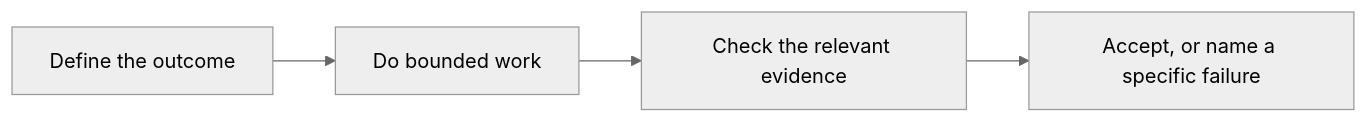
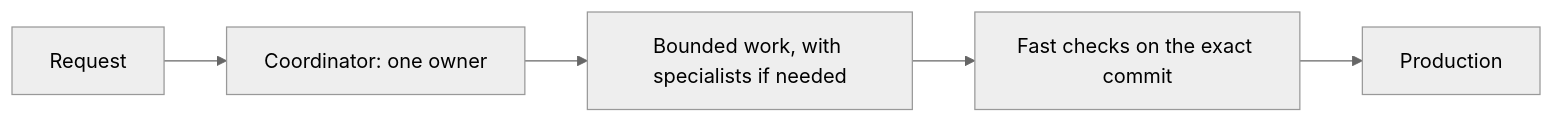
The diagram in articles/ai-assisted-engineering-in-practice.md (vasilyevstan/vasilyevstan), drawn with Mermaid (neutral theme) before and after one commit. The commit also changed other lines of this file and 9 other files, not shown here.

````diff
--- a/articles/ai-assisted-engineering-in-practice.md
+++ b/articles/ai-assisted-engineering-in-practice.md
@@ -86,6 +92,7 @@
 ```mermaid
 flowchart LR
-    O["Define the outcome"] --> W["Do bounded work"]
-    W --> E["Check the relevant evidence"]
-    E --> D["Accept, or name a specific failure"]
+    R["Request"] --> C["Coordinator: one owner"]
+    C --> W["Bounded work, with specialists if needed"]
+    W --> K["Fast checks on the exact commit"]
+    K --> P["Production"]
 ```
````
